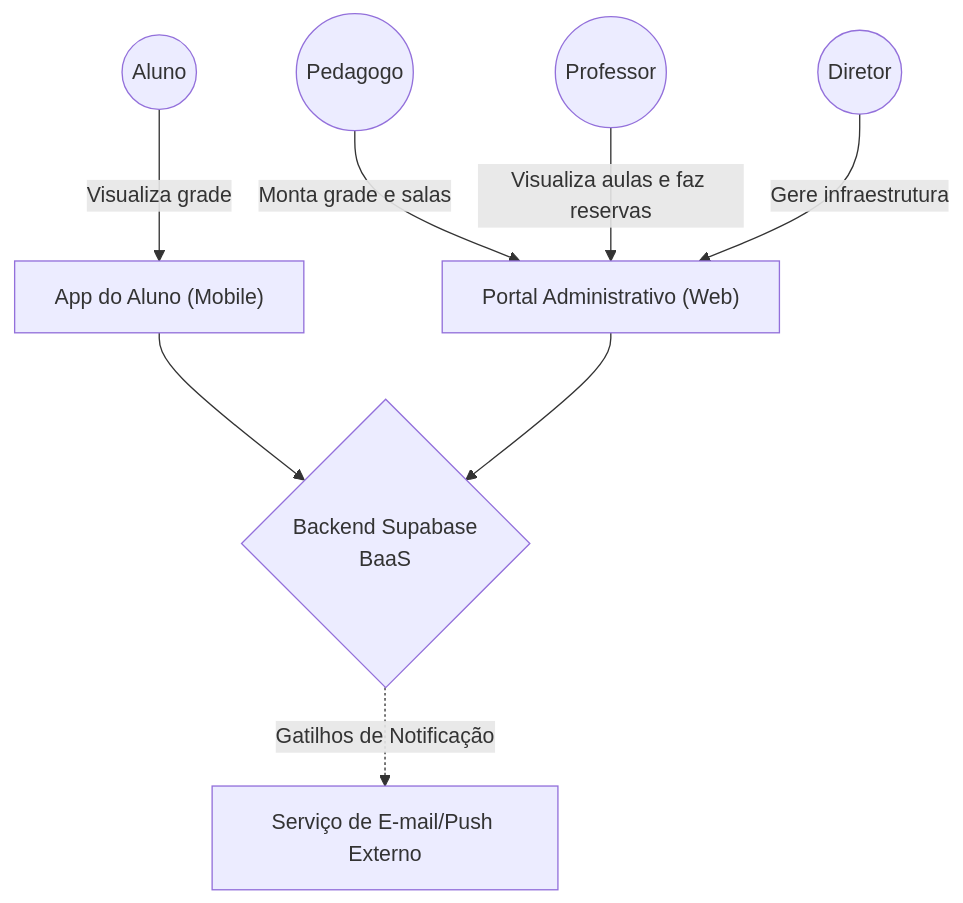
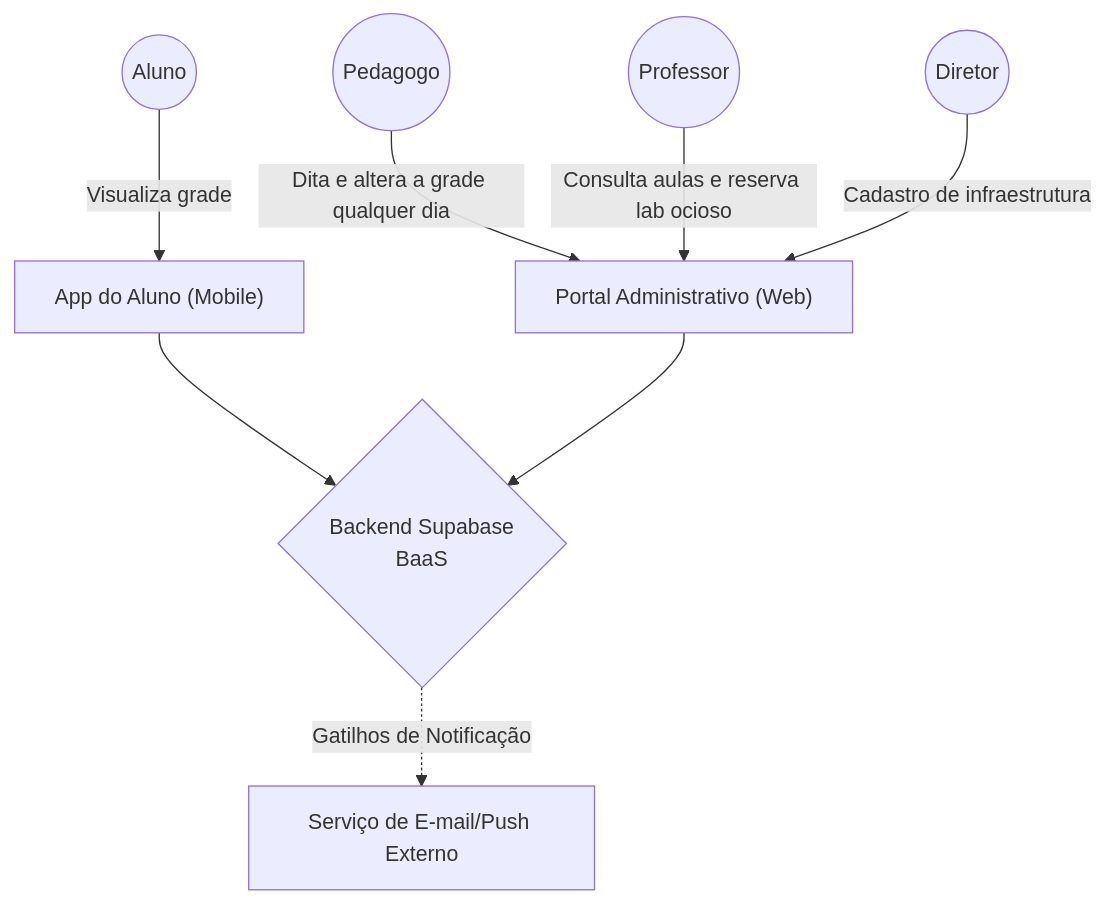
The first of 4 diagrams in trabalho_arquitetura_escola.md (Victorhugowille/ProjetoFinal_AASC), drawn with Mermaid before and after one commit. The commit also changed other lines of this file and 2 other files, not shown here.

````diff
--- a/trabalho_arquitetura_escola.md
+++ b/trabalho_arquitetura_escola.md
@@ -55,12 +55,12 @@
 ```mermaid
 flowchart TD
     Aluno((Aluno)) -->|Visualiza grade| AppAluno["App do Aluno (Mobile)"]
-    Pedagogo((Pedagogo)) -->|Monta grade e salas| AppAdmin["Portal Administrativo (Web)"]
-    Professor((Professor)) -->|Visualiza aulas e faz reservas| AppAdmin
-    Diretor((Diretor)) -->|Gere infraestrutura| AppAdmin
+    Pedagogo((Pedagogo)) -->|Dita e altera a grade qualquer dia| AppAdmin["Portal Administrativo (Web)"]
+    Professor((Professor)) -->|Consulta aulas e reserva lab ocioso| AppAdmin
+    Diretor((Diretor)) -->|Cadastro de infraestrutura| AppAdmin
 
     AppAluno --> Supabase{"Backend Supabase\nBaaS"}
     AppAdmin --> Supabase
     
     Supabase -.->|Gatilhos de Notificação| EmailSMS["Serviço de E-mail/Push Externo"]
 ```
````
